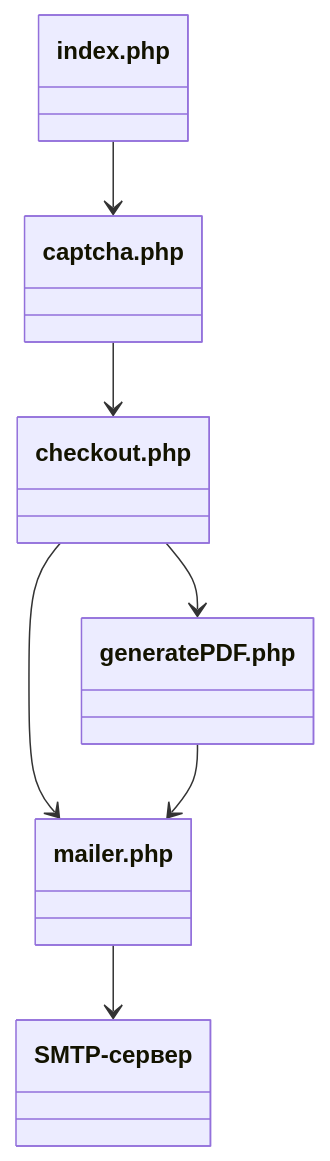
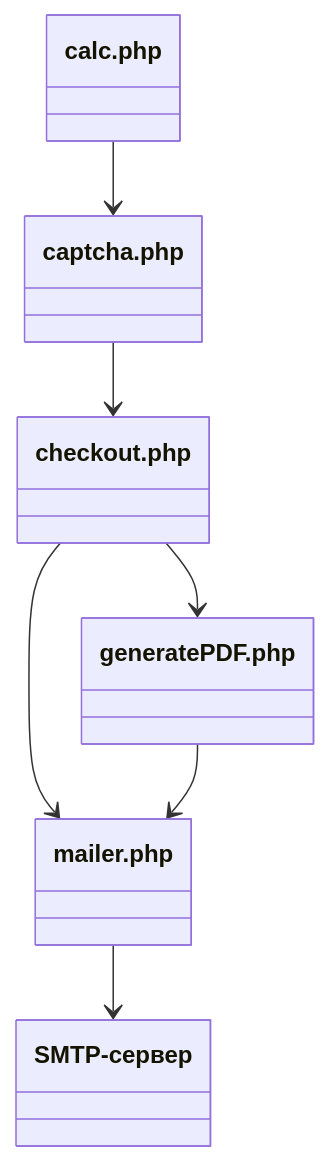
One commit to AlexandrAnatoliev/freelance1 changed the diagram in README.md. Above: the diagram before and after it, drawn with Mermaid. The commit also changed other lines of this file, not shown here.

````diff
--- a/README.md
+++ b/README.md
@@ -128,28 +128,28 @@
 ```mermaid
 classDiagram
   
-  class index.php {
+  class calc.php {
   }
 
   class captcha.php {
   }
 
   class checkout.php {
   }
 
   class generatePDF.php {
   }
 
   class mailer.php {
   }
 
   class SMTP-сервер {
   }
 
-  index.php --> captcha.php
+  calc.php --> captcha.php
   captcha.php --> checkout.php
   checkout.php --> generatePDF.php
   checkout.php --> mailer.php
   generatePDF.php --> mailer.php
   mailer.php --> SMTP-сервер
 ```
````
